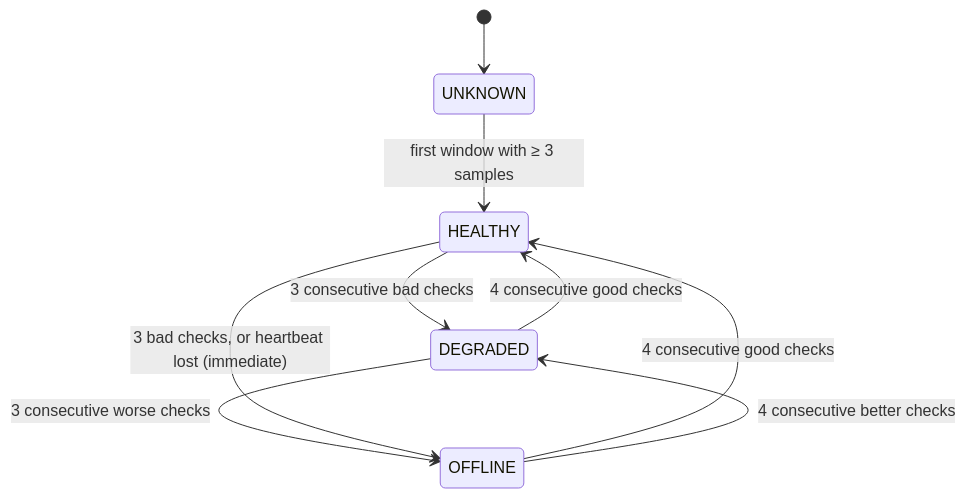
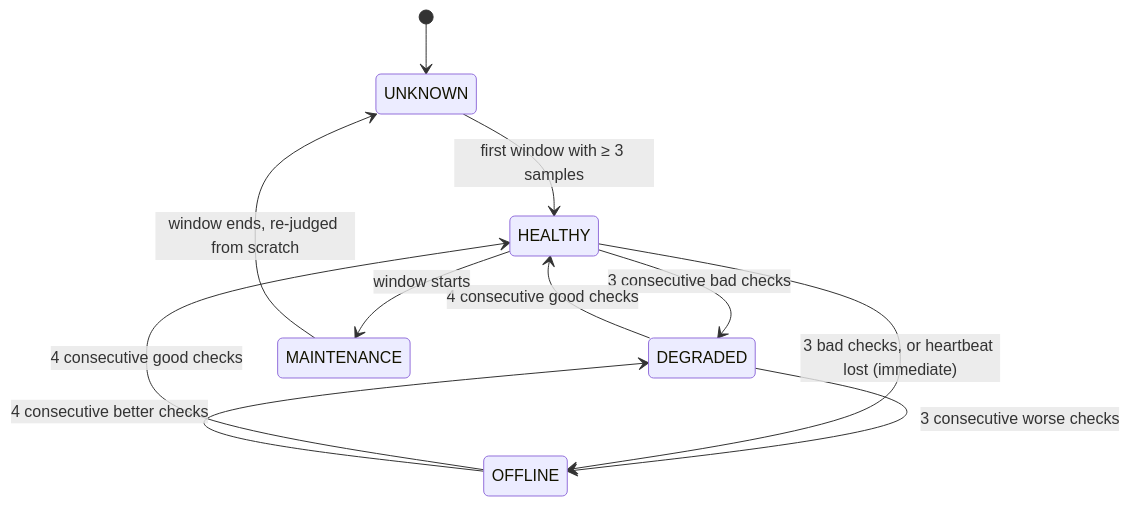
One commit to UselessPlatypus57/network-pulse changed the second of 2 diagrams in ARCHITECTURE.md. Above: the diagram before and after it, drawn with Mermaid. The commit also changed other lines of this file and 1 other file, not shown here.

First line of the commit message:
docs: document leader election, failover results and maintenance windows

````diff
--- a/ARCHITECTURE.md
+++ b/ARCHITECTURE.md
@@ -43,11 +44,13 @@
 ```mermaid
 stateDiagram-v2
     [*] --> UNKNOWN
     UNKNOWN --> HEALTHY: first window with ≥ 3 samples
     HEALTHY --> DEGRADED: 3 consecutive bad checks
     DEGRADED --> OFFLINE: 3 consecutive worse checks
     HEALTHY --> OFFLINE: 3 bad checks, or heartbeat lost (immediate)
     DEGRADED --> HEALTHY: 4 consecutive good checks
     OFFLINE --> HEALTHY: 4 consecutive good checks
     OFFLINE --> DEGRADED: 4 consecutive better checks
+    HEALTHY --> MAINTENANCE: window starts
+    MAINTENANCE --> UNKNOWN: window ends, re-judged from scratch
 ```
````
